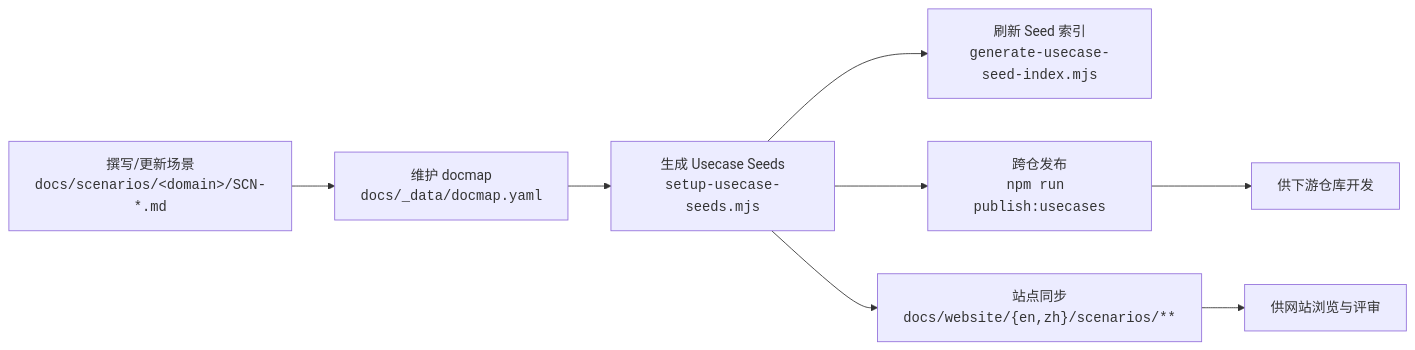
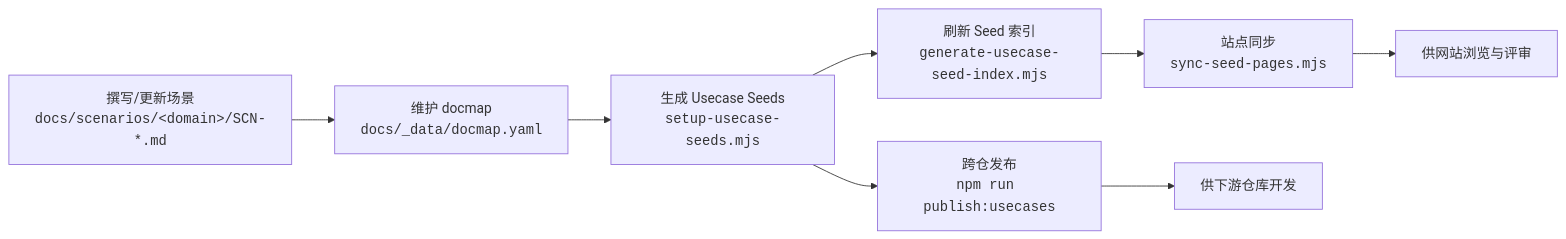
The diagram in docs/website/zh/scenarios/usage.md (ArtisanCloud/PowerXDoc), drawn with Mermaid before and after one commit. The commit also changed other lines of this file and 18 other files, not shown here.

````diff
--- a/docs/website/zh/scenarios/usage.md
+++ b/docs/website/zh/scenarios/usage.md
@@ -12,10 +12,10 @@
 ```mermaid
 flowchart LR
   A["撰写/更新场景<br/><code>docs/scenarios/&lt;domain&gt;/SCN-*.md</code>"] --> B["维护 docmap<br/><code>docs/_data/docmap.yaml</code>"]
   B --> C["生成 Usecase Seeds<br/><code>setup-usecase-seeds.mjs</code>"]
   C --> D["刷新 Seed 索引<br/><code>generate-usecase-seed-index.mjs</code>"]
   C --> E["跨仓发布<br/><code>npm run publish:usecases</code>"]
-  C --> F["站点同步<br/><code>docs/website/{en,zh}/scenarios/**</code>"]
+  D --> F["站点同步<br/><code>sync-seed-pages.mjs</code>"]
   E --> G["供下游仓库开发"]
   F --> H["供网站浏览与评审"]
 ```
````
